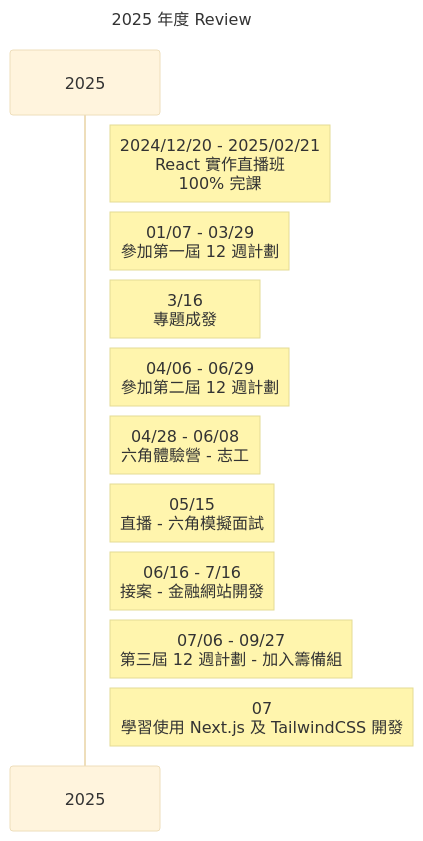
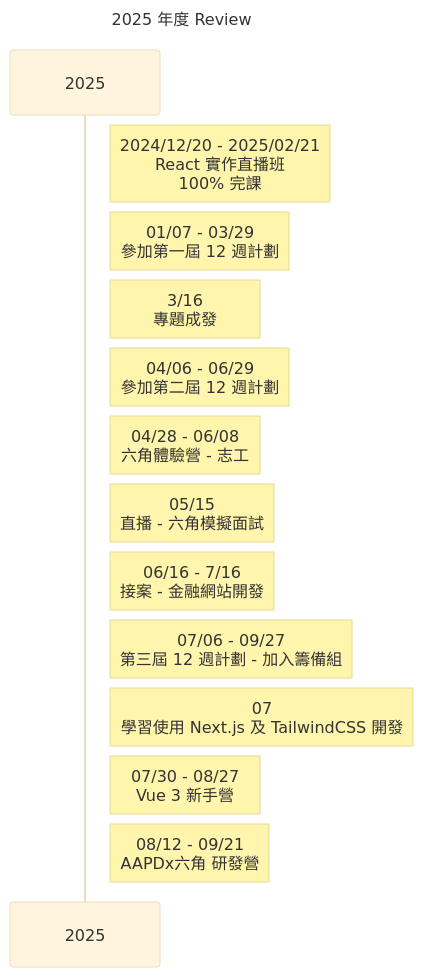
Before and after one commit to CloveTseng/my-webdocs: the diagram in blog/2025/_12-31-review.md, drawn with Mermaid (base theme). The commit also changed 1 other file, not shown here.

Commit message:
add: 12-31review

````diff
--- a/blog/2025/_12-31-review.md
+++ b/blog/2025/_12-31-review.md
@@ -12,17 +12,20 @@
 ```mermaid
 sequenceDiagram
     title 2025 年度 Review
 
     participant 2025
 
     Note right of 2025: 2024/12/20 - 2025/02/21 <br>React 實作直播班<br>100% 完課
     Note right of 2025: 01/07 - 03/29 <br> 參加第一屆 12 週計劃
     Note right of 2025: 3/16 <br> 專題成發
     Note right of 2025: 04/06 - 06/29 <br> 參加第二屆 12 週計劃
     Note right of 2025: 04/28 - 06/08 <br> 六角體驗營 - 志工
     Note right of 2025: 05/15 <br> 直播 - 六角模擬面試
     Note right of 2025: 06/16 - 7/16 <br> 接案 - 金融網站開發
     Note right of 2025: 07/06 - 09/27 <br> 第三屆 12 週計劃 - 加入籌備組
     Note right of 2025: 07 <br> 學習使用 Next.js 及 TailwindCSS 開發
+    Note right of 2025: 07/30 - 08/27 <br> Vue 3 新手營
+    Note right of 2025: 08/12 - 09/21 <br> AAPDx六角 研發營
+
 
 ```
````
